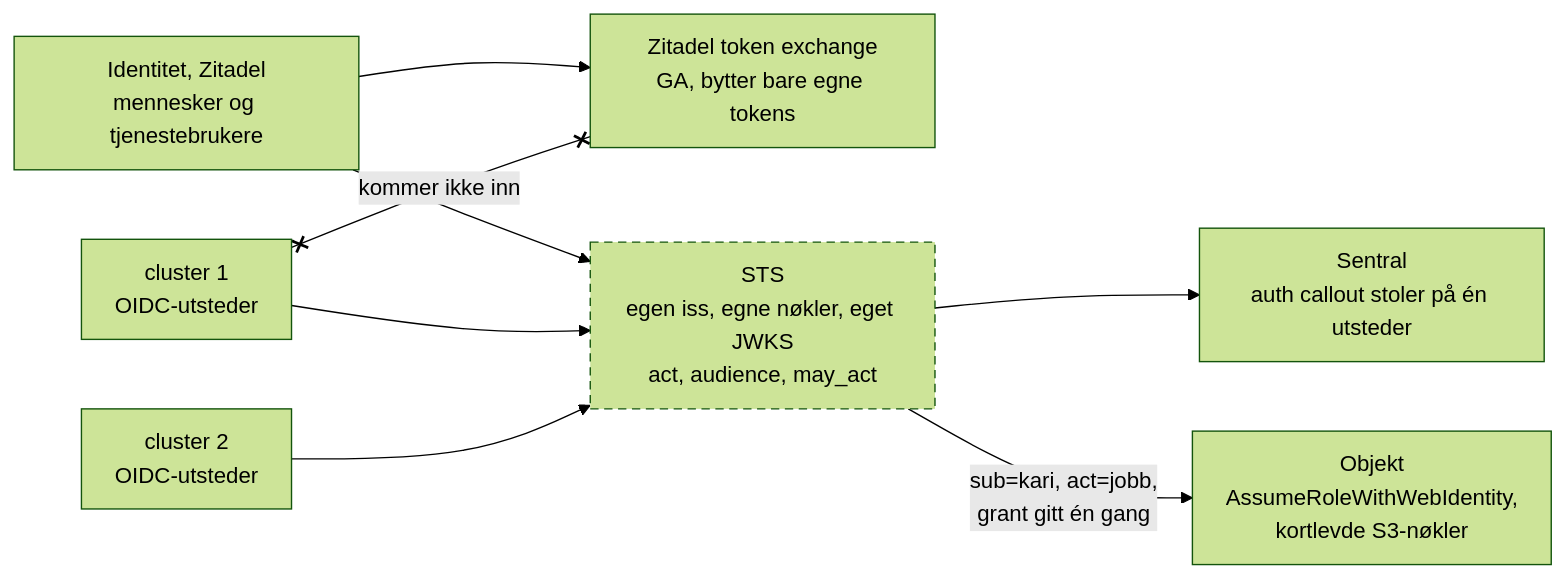
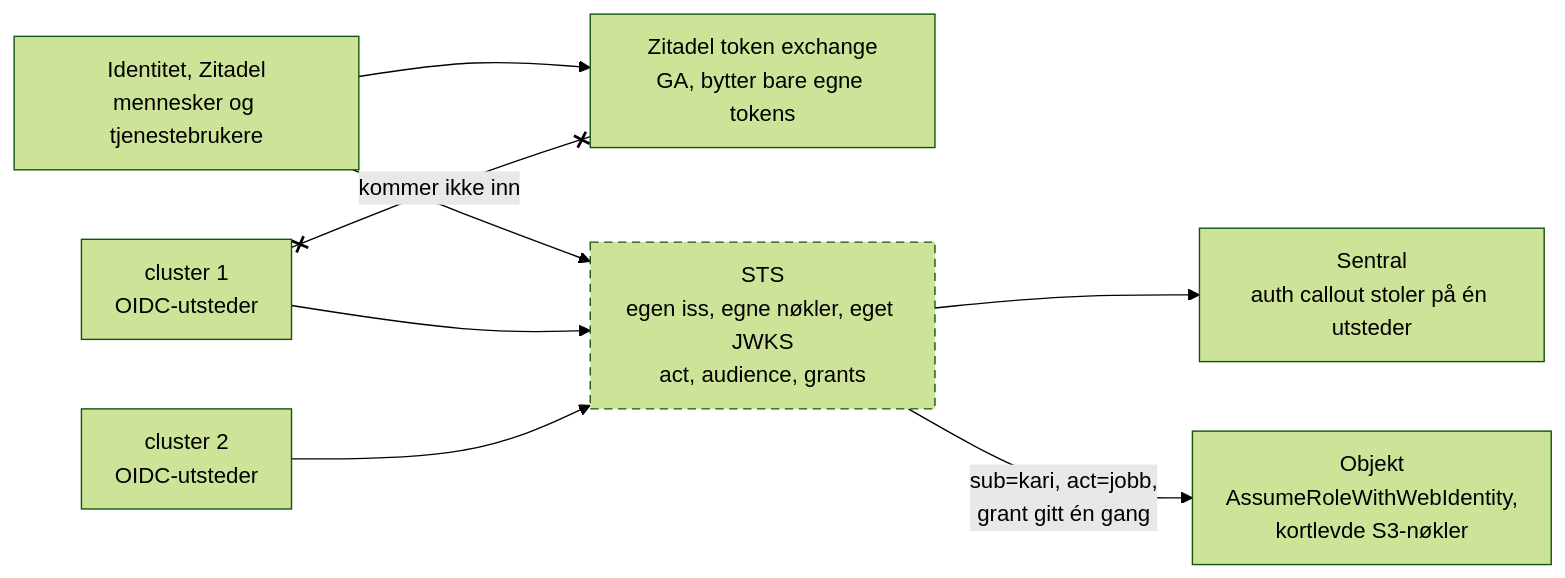
The seventh of 7 diagrams in docs/arrangement/2026-10-14-containerkonferansen/foredrag.md (dataverket-org/org), drawn with Mermaid (forest theme) before and after one commit. The commit also changed other lines of this file and 4 other files, not shown here.

````diff
--- a/docs/arrangement/2026-10-14-containerkonferansen/foredrag.md
+++ b/docs/arrangement/2026-10-14-containerkonferansen/foredrag.md
@@ -418,19 +419,19 @@
 ```mermaid
 %%{init: {"handDrawnSeed": 1, "fontFamily": "Helvetica, Arial, sans-serif", "flowchart": {"htmlLabels": true, "padding": 12}}}%%
 flowchart LR
   Z["Identitet, Zitadel<br/>mennesker og tjenestebrukere"]
   K1["cluster 1<br/>OIDC-utsteder"]
   K2["cluster 2<br/>OIDC-utsteder"]
   ZX["Zitadel token exchange<br/>GA, bytter bare egne tokens"]
-  STS["STS<br/>egen iss, egne nøkler, eget JWKS<br/>act, audience, may_act"]
+  STS["STS<br/>egen iss, egne nøkler, eget JWKS<br/>act, audience, grants"]
   S["Sentral<br/>auth callout stoler på én utsteder"]
   O["Objekt<br/>AssumeRoleWithWebIdentity,<br/>kortlevde S3-nøkler"]
   Z --> ZX
   K1 x-- "kommer ikke inn" --x ZX
   Z --> STS
   K1 --> STS
   K2 --> STS
   STS --> S
   STS -- "sub=kari, act=jobb,<br/>grant gitt én gang" --> O
   style STS stroke-dasharray: 6 4
 ```
````
